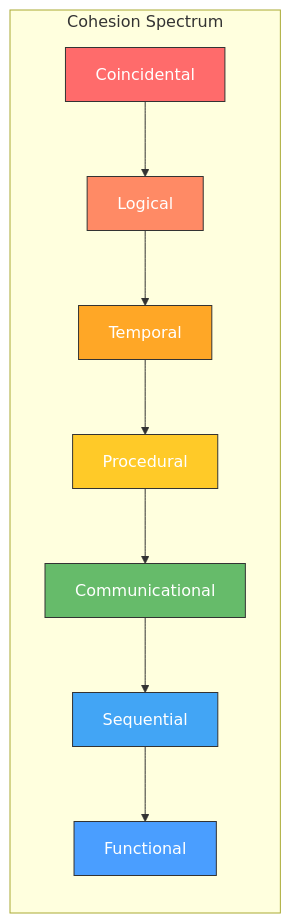
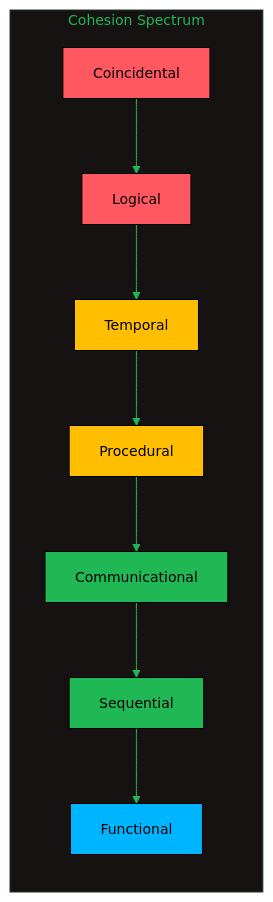
The sixth of 10 diagrams in software-engineering-note/03_Software_Design/10_Design_Thinking_and_Context.md (oat431/swe-knowledge), drawn with Mermaid before and after one commit. The commit also changed other lines of this file and 116 other files, not shown here.

````diff
--- a/software-engineering-note/03_Software_Design/10_Design_Thinking_and_Context.md
+++ b/software-engineering-note/03_Software_Design/10_Design_Thinking_and_Context.md
@@ -330,18 +335,19 @@
 ```mermaid
+%%{init: {'theme':'base','themeVariables':{'primaryColor':'#19362D','primaryTextColor':'#CDD3D1','primaryBorderColor':'#1FB854','lineColor':'#1FB854','secondaryColor':'#161212','tertiaryColor':'#1B1717','background':'#1B1717','mainBkg':'#19362D','nodeBorder':'#1FB854','clusterBkg':'#161212','clusterBorder':'#19362D','titleColor':'#1FB854','edgeLabelBackground':'#161212','fontSize':'14px'}}}%%
 graph LR
     subgraph "Cohesion Spectrum"
         A[Coincidental] --> B[Logical]
         B --> C[Temporal]
         C --> D[Procedural]
         D --> E[Communicational]
         E --> F[Sequential]
         F --> G[Functional]
     end
-    style A fill:#ff6b6b,stroke:#333,color:#fff
-    style B fill:#ff8a65,stroke:#333,color:#fff
-    style C fill:#ffa726,stroke:#333,color:#fff
-    style D fill:#ffca28,stroke:#333,color:#fff
-    style E fill:#66bb6a,stroke:#333,color:#fff
-    style F fill:#42a5f5,stroke:#333,color:#fff
-    style G fill:#4a9eff,stroke:#333,color:#fff
+    style A fill:#FF5861,stroke:#000000,color:#000000
+    style B fill:#FF5861,stroke:#000000,color:#000000
+    style C fill:#FFBE00,stroke:#000000,color:#000000
+    style D fill:#FFBE00,stroke:#000000,color:#000000
+    style E fill:#1FB854,stroke:#000000,color:#000000
+    style F fill:#1FB854,stroke:#000000,color:#000000
+    style G fill:#00B5FF,stroke:#000000,color:#000000
 ```
````
